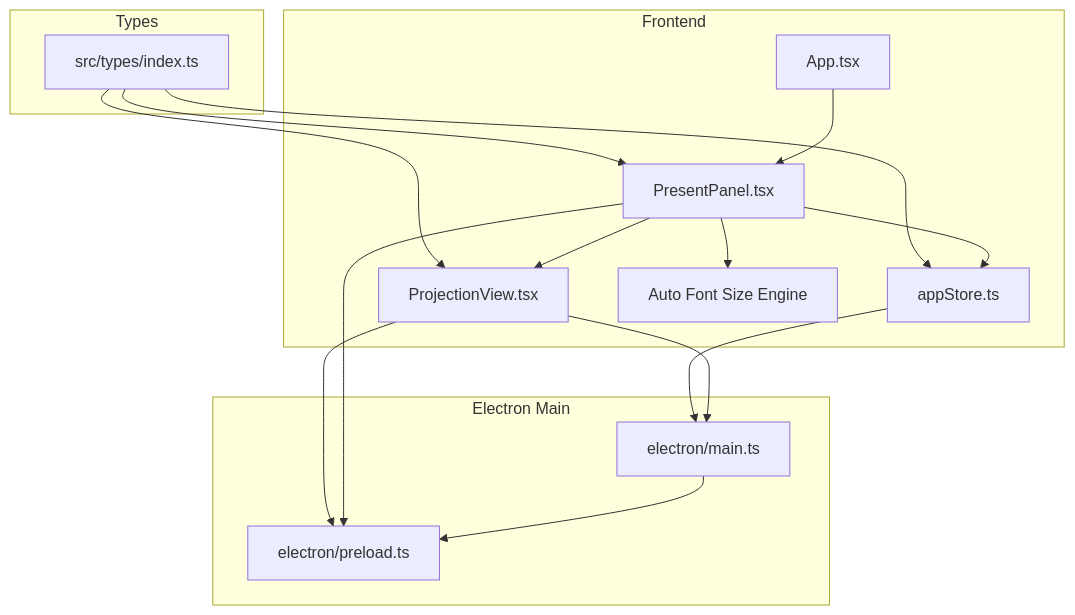
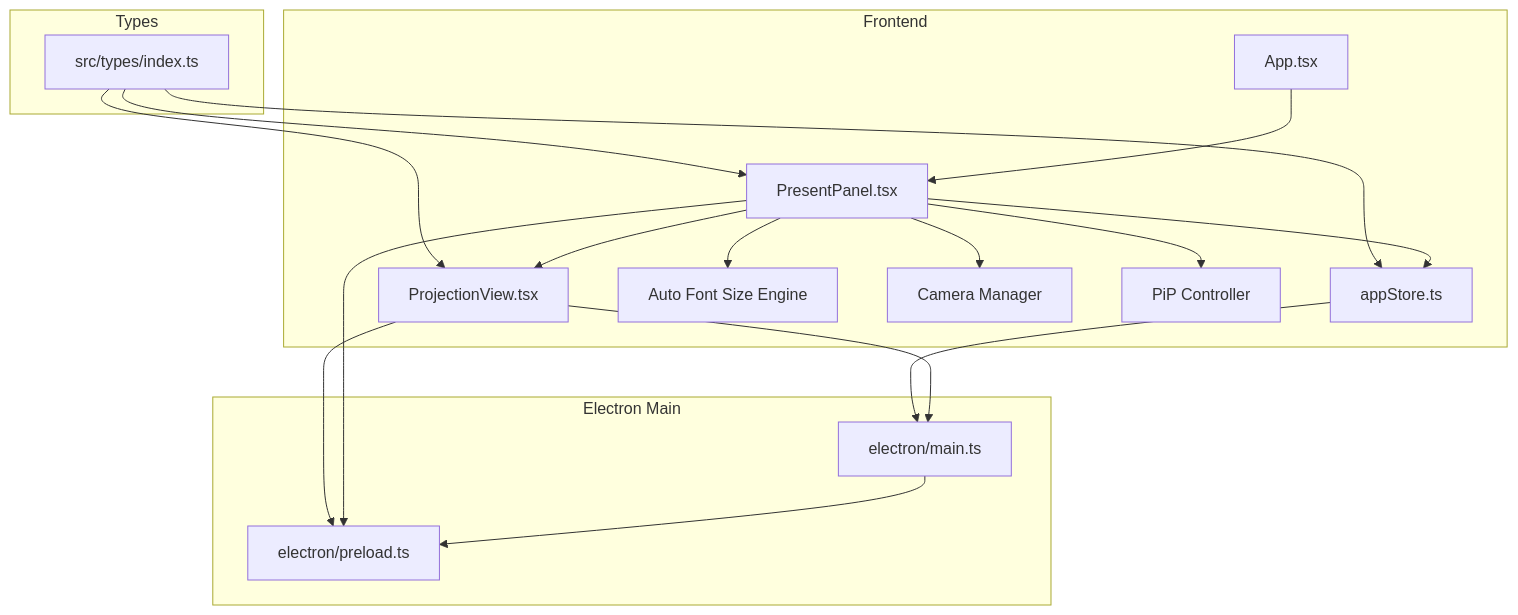
One commit to jimmywyk/lyricdeck changed the first of 4 diagrams in .qoder/repowiki/en/content/User Interface Components/Presentation Controls Component.md. Above: the diagram before and after it, drawn with Mermaid. The commit also changed other lines of this file and 5 other files, not shown here.

````diff
--- a/.qoder/repowiki/en/content/User Interface Components/Presentation Controls Component.md
+++ b/.qoder/repowiki/en/content/User Interface Components/Presentation Controls Component.md
@@ -42,29 +43,33 @@
 ```mermaid
 graph TB
 subgraph "Frontend"
 PP["PresentPanel.tsx"]
 PV["ProjectionView.tsx"]
 AS["appStore.ts"]
 APP["App.tsx"]
 AUTO["Auto Font Size Engine"]
+CAM["Camera Manager"]
+PIP["PiP Controller"]
 end
 subgraph "Electron Main"
 MAIN["electron/main.ts"]
 PRELOAD["electron/preload.ts"]
 end
 subgraph "Types"
 TYPES["src/types/index.ts"]
 end
 APP --> PP
 PP --> AS
 PP --> PV
 PP --> AUTO
+PP --> CAM
+PP --> PIP
 PV --> MAIN
 AS --> MAIN
 MAIN --> PRELOAD
 PP --> PRELOAD
 PV --> PRELOAD
 TYPES --> PP
 TYPES --> PV
 TYPES --> AS
 ```
````
